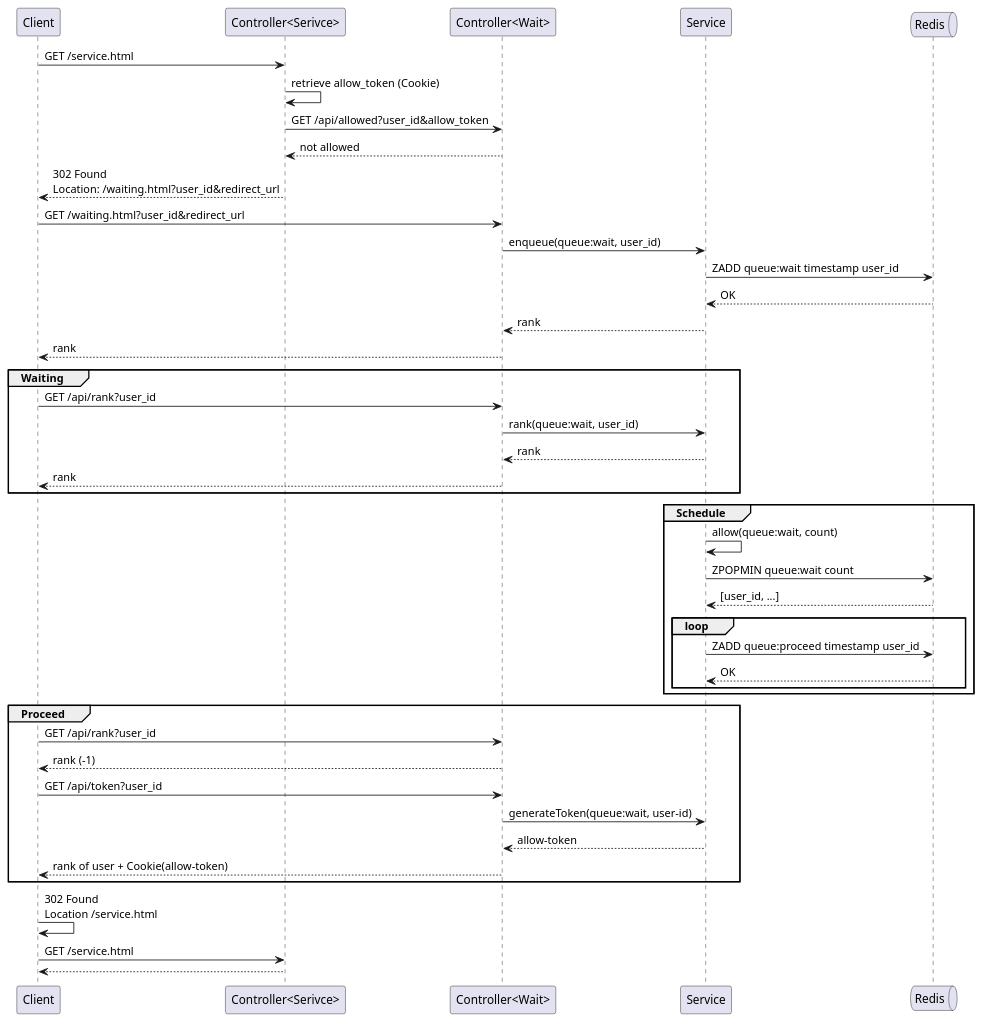
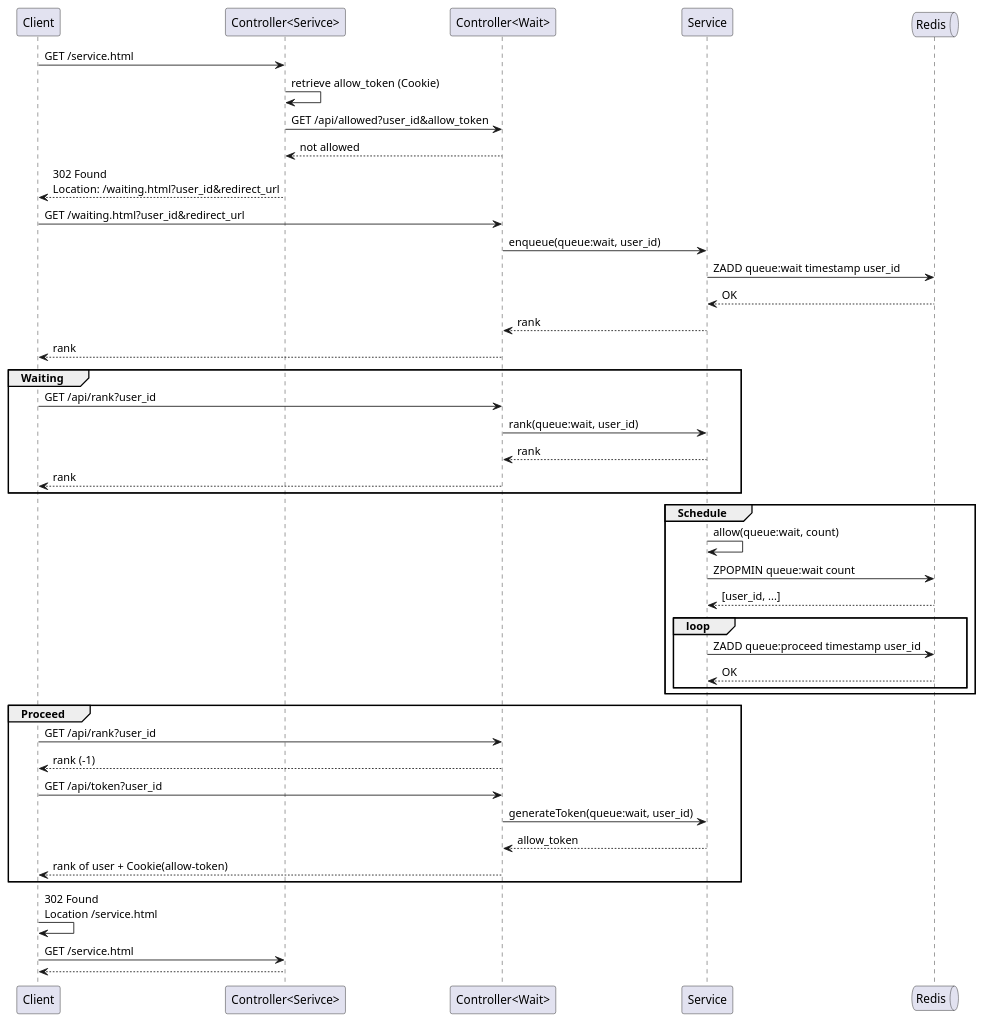
One commit to yanghoon/obsidian-workspace changed the diagram in _diary/2024-06-08.md. Above: the diagram before and after it, drawn with PlantUML.

Commit message:
vault backup: 2024-06-09 19:43:09

````diff
--- a/_diary/2024-06-08.md
+++ b/_diary/2024-06-08.md
@@ -11,55 +11,55 @@
 ```plantuml
 @startuml
 
 participant Client
 participant "Controller<Serivce>" as ServiceController
 participant "Controller<Wait>" as Controller
 participant Service
 queue Redis
 
 Client -> ServiceController: GET /service.html
   ServiceController -> ServiceController: retrieve allow_token (Cookie)
   ServiceController -> Controller: GET /api/allowed?user_id&allow_token
   ServiceController <-- Controller: not allowed
 Client <-- ServiceController: 302 Found\nLocation: /waiting.html?user_id&redirect_url
 
 Client -> Controller: GET /waiting.html?user_id&redirect_url
   Controller -> Service: enqueue(queue:wait, user_id)
     Service -> Redis: ZADD queue:wait timestamp user_id
     Service <-- Redis: OK
   Controller <-- Service: rank
 Client <-- Controller: rank
 
 group Waiting
   Client -> Controller: GET /api/rank?user_id
     Controller -> Service: rank(queue:wait, user_id)
     Controller <-- Service: rank
   Client <-- Controller: rank
 end
 
 group Schedule
   Service -> Service: allow(queue:wait, count)
   Service -> Redis: ZPOPMIN queue:wait count
   Service <-- Redis: [user_id, ...]
   loop
     Service -> Redis: ZADD queue:proceed timestamp user_id
     Service <-- Redis: OK
   end
 end
 
 group Proceed
   Client -> Controller: GET /api/rank?user_id
   Client <-- Controller: rank (-1)
 
   Client -> Controller: GET /api/token?user_id
-    Controller -> Service: generateToken(queue:wait, user-id)
-Controller <-- Service: allow-token
-Client <-- Controller: rank of user + Cookie(allow-token)
+    Controller -> Service: generateToken(queue:wait, user_id)
+    Controller <-- Service: allow_token
+  Client <-- Controller: rank of user + Cookie(allow-token)
 end
 
 Client -> Client: 302 Found\nLocation /service.html
 Client -> ServiceController: GET /service.html
 Client <-- ServiceController
 
 @enduml
 ```
````
